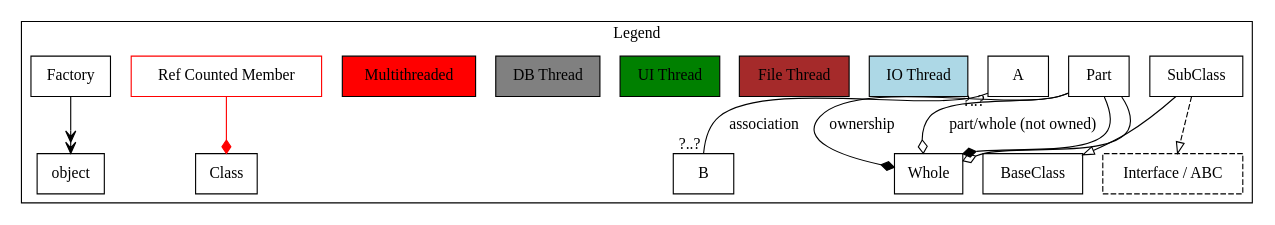
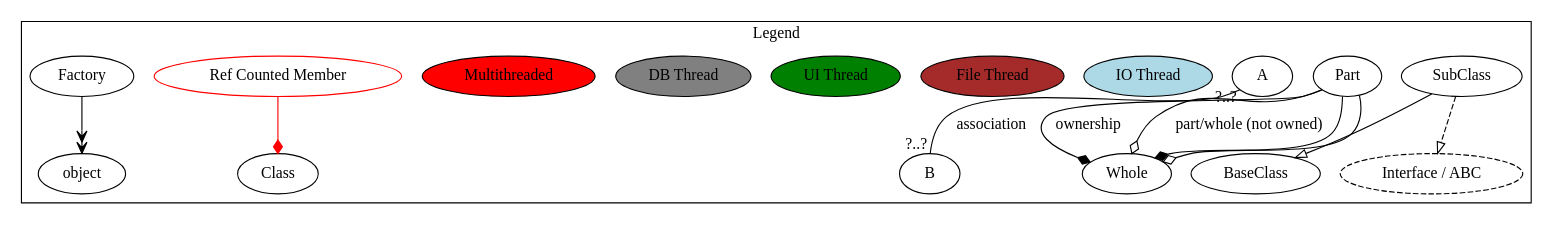
Before and after one commit to curiouserrandy/Personal-Config: the diagram in Templates/classdiag.dot, drawn with Graphviz.

Commit message:
Put the legend in a separate box.

```diff
--- a/Templates/classdiag.dot
+++ b/Templates/classdiag.dot
@@ -1,38 +1,36 @@
-digraph ExampleGraph {
-    node [shape=box];
-
+digraph ExampleDiagram {
     subgraph cluster_legend {
         label="Legend";
 
 	## UML
 	SubClass -> BaseClass [arrowhead="empty"];
 	SubClass -> Interface [arrowhead="empty", style=dashed];
 	Part -> Whole [arrowhead="diamond", label="ownership"];
 	Part -> Whole [arrowhead="odiamond", label="part/whole (not owned)"];
 	A -> B [arrowhead="none", headlabel="?..?", taillabel="?..?",
 		label="association"];
         Interface [label="Interface / ABC", style=dashed];
 
 	## My invention/for chrome
 	IOThread [style=filled, fillcolor=lightblue, label="IO Thread"];
 	FileThread [style=filled, fillcolor=brown, label="File Thread"];
 	UIThread [style=filled, fillcolor=green, label="UI Thread"];
 	DBThread [style=filled, fillcolor=gray, label="DB Thread"];
 	MultiThread [style=filled, fillcolor=red, label="Multithreaded"];
 	Class1Legend [label="Class"]
 	RefCounted [color=red, label="Ref Counted Member"];
 	RefCounted -> Class1Legend [arrowhead=diamond, color=red];
 
 	Factory -> object [arrowhead=veevee];
     };
 
     ## Templates from above (that have legend labels)
     IOThread [style=filled, fillcolor=lightblue];
     FileThread [style=filled, fillcolor=brown];
     UIThread [style=filled, fillcolor=green];
     DBThread [style=filled, fillcolor=gray]
     MultiThread [style=filled, fillcolor=red];
     Part -> Whole [arrowhead="diamond"];
     Part -> Whole [arrowhead="odiamond"];
     Interface [style=dashed];
 }
```
